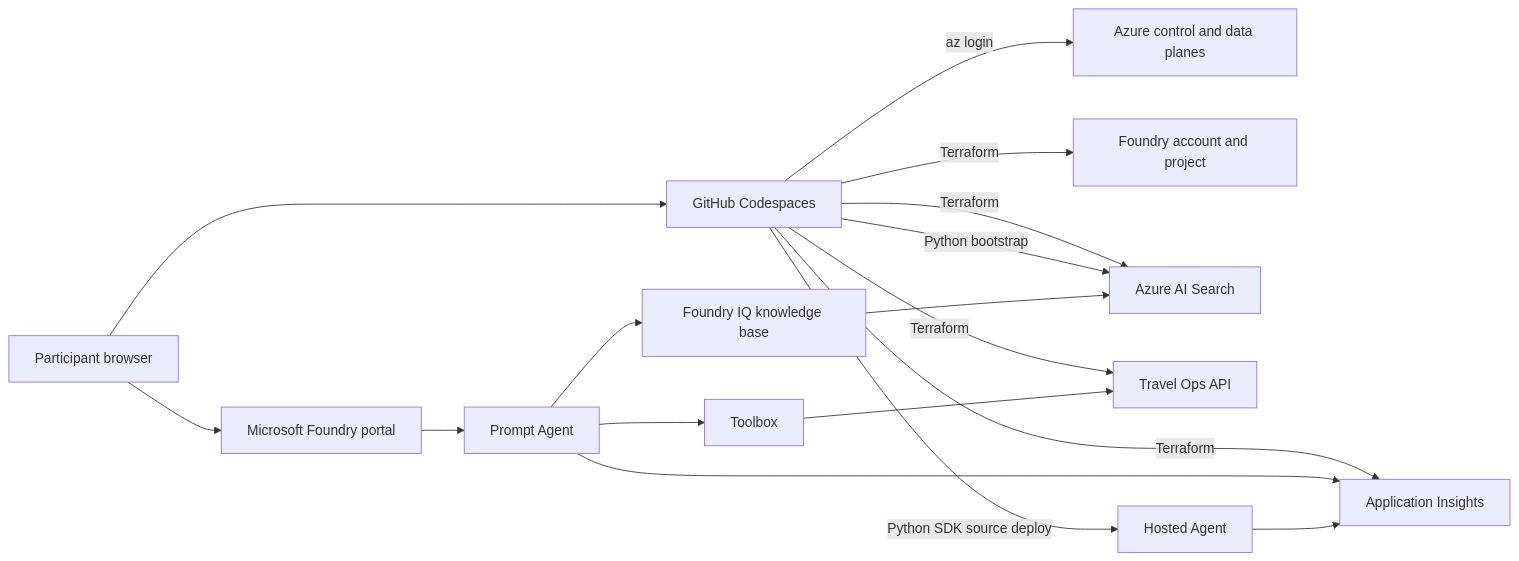
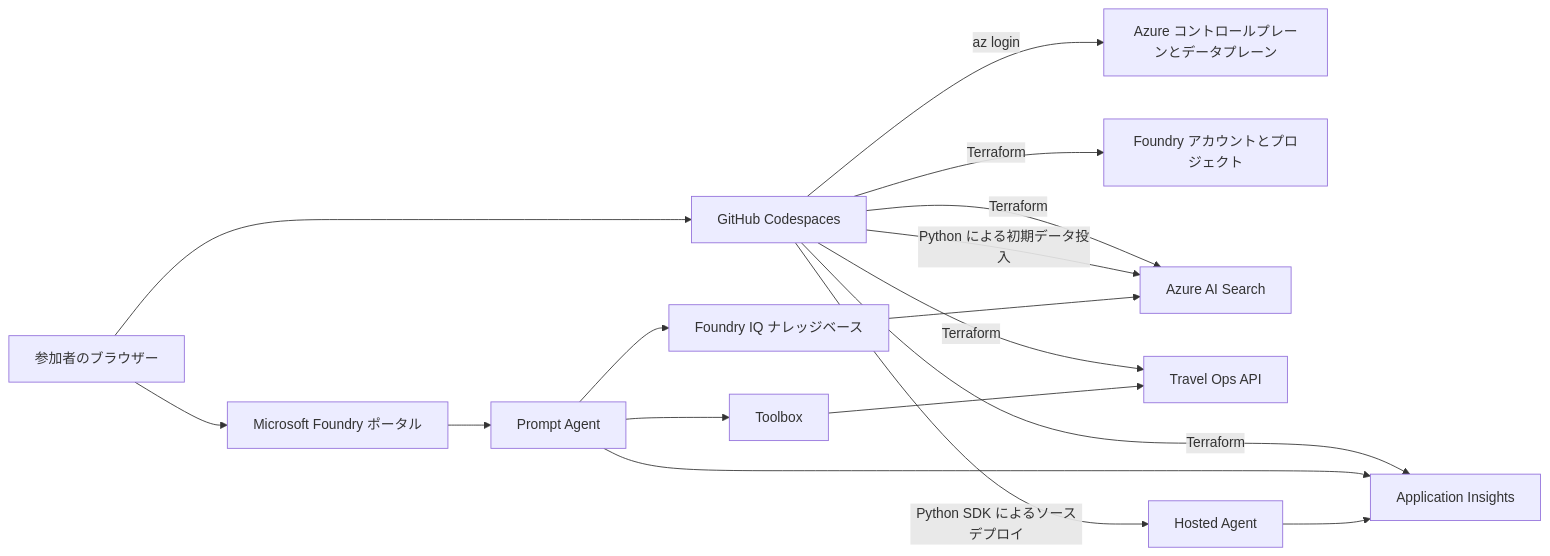
Before and after one commit to matayuuu/Microsoft-Foundry-Agent-Service-Handson: the diagram in docs/architecture.md, drawn with Mermaid. The commit also changed other lines of this file and 11 other files, not shown here.

````diff
--- a/docs/architecture.md
+++ b/docs/architecture.md
@@ -15,19 +16,19 @@
 ```mermaid
 flowchart LR
-    browser[Participant browser] --> portal[Microsoft Foundry portal]
+    browser[参加者のブラウザー] --> portal[Microsoft Foundry ポータル]
     browser --> codespace[GitHub Codespaces]
-    codespace -->|az login| azure[Azure control and data planes]
-    codespace -->|Terraform| foundry[Foundry account and project]
+    codespace -->|az login| azure[Azure コントロールプレーンとデータプレーン]
+    codespace -->|Terraform| foundry[Foundry アカウントとプロジェクト]
     codespace -->|Terraform| search[Azure AI Search]
     codespace -->|Terraform| monitor[Application Insights]
     codespace -->|Terraform| api[Travel Ops API]
-    codespace -->|Python bootstrap| search
+    codespace -->|Python による初期データ投入| search
     portal --> prompt[Prompt Agent]
-    prompt --> iq[Foundry IQ knowledge base]
+    prompt --> iq[Foundry IQ ナレッジベース]
     iq --> search
     prompt --> toolbox[Toolbox]
     toolbox --> api
-    codespace -->|Python SDK source deploy| hosted[Hosted Agent]
+    codespace -->|Python SDK によるソースデプロイ| hosted[Hosted Agent]
     prompt --> monitor
     hosted --> monitor
 ```
````
